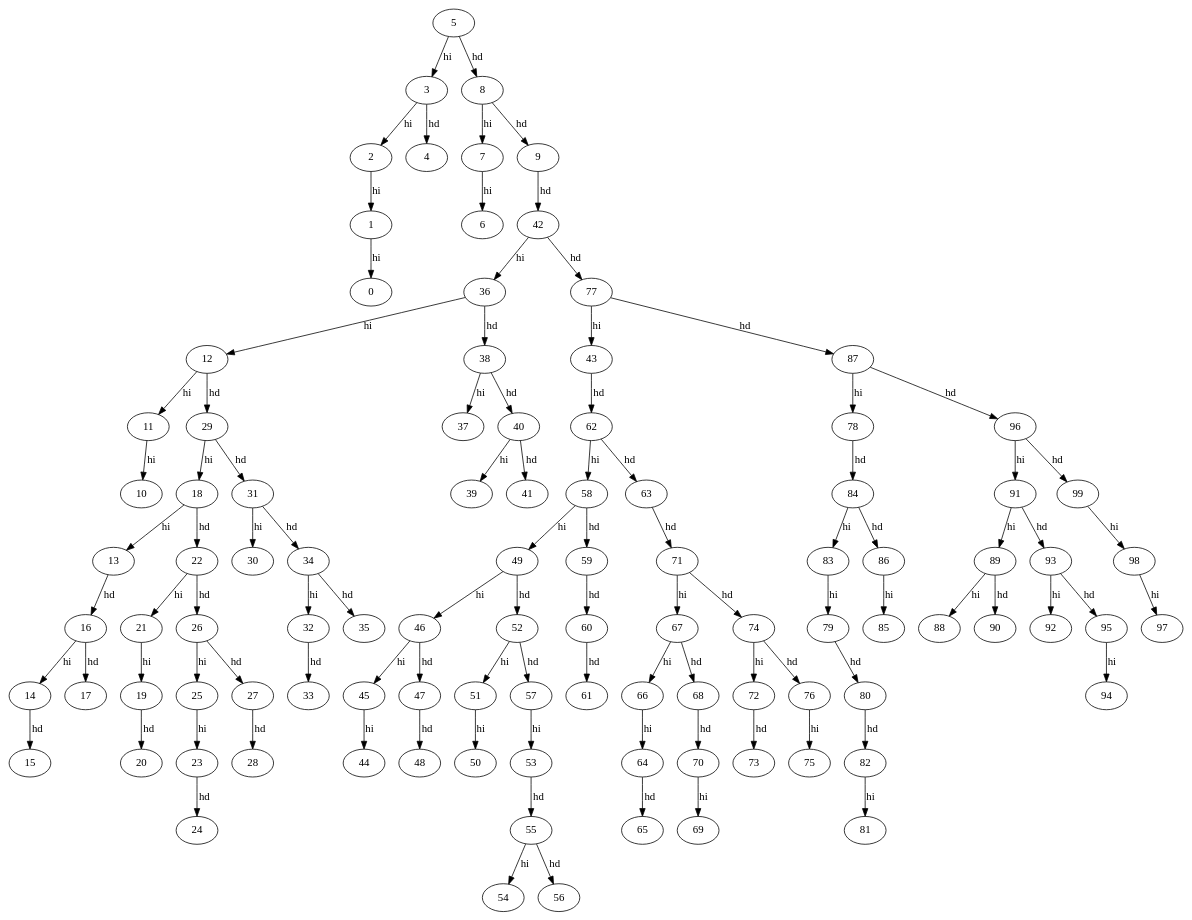
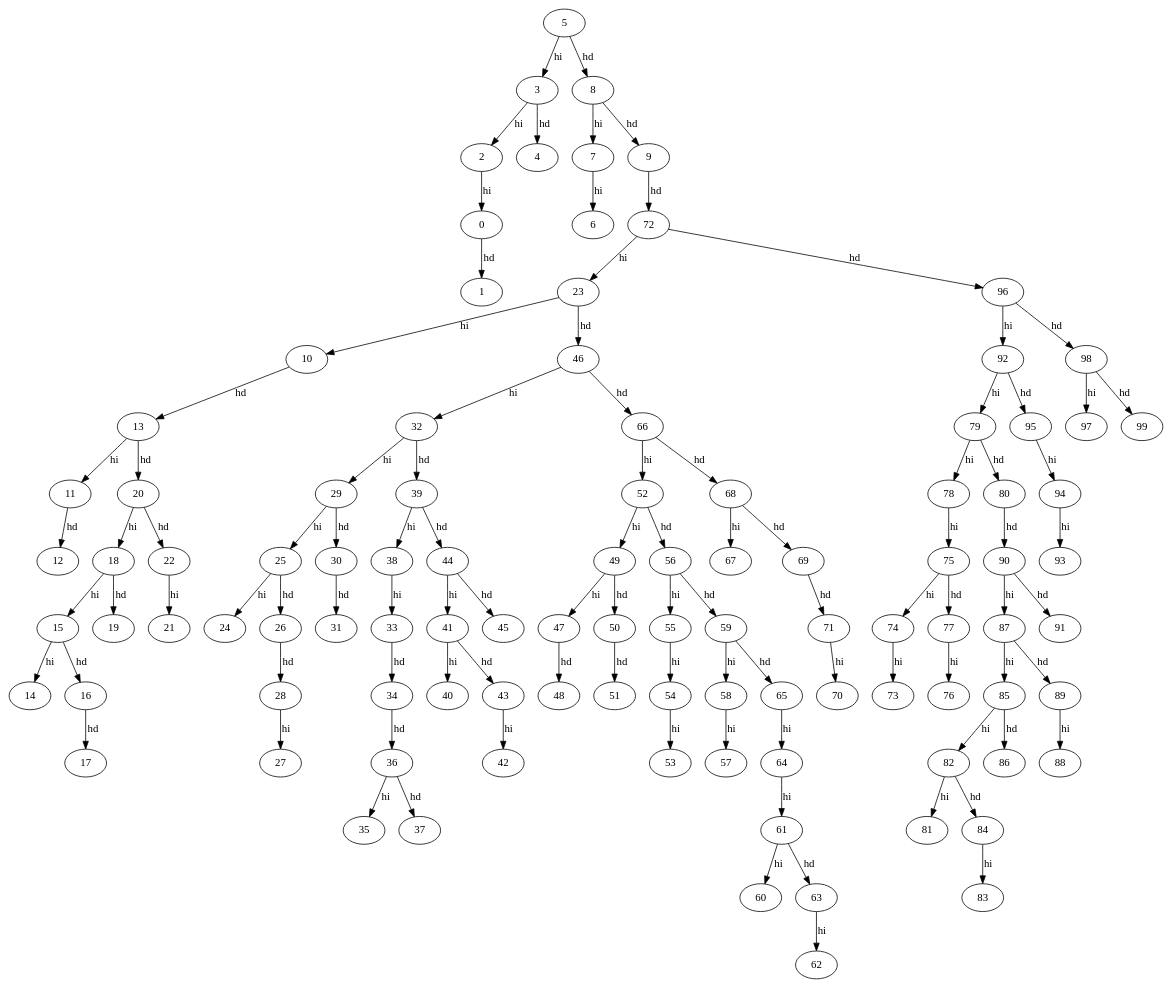
Before and after one commit to JosephJMRG/ABB: the diagram in output/Abb900.dot, drawn with Graphviz. The commit also changed 1 other file, not shown here.

```diff
--- a/output/Abb900.dot
+++ b/output/Abb900.dot
@@ -1,102 +1,102 @@
 digraph Abb900
  {
-1 -> 0 [label="hi"]
-2 -> 1 [label="hi"]
+0 -> 1 [label="hd"]
+2 -> 0 [label="hi"]
 3 -> 2 [label="hi"]
 3 -> 4 [label="hd"]
 5 -> 3 [label="hi"]
 5 -> 8 [label="hd"]
 7 -> 6 [label="hi"]
 8 -> 7 [label="hi"]
 8 -> 9 [label="hd"]
-9 -> 42 [label="hd"]
-11 -> 10 [label="hi"]
-12 -> 11 [label="hi"]
-12 -> 29 [label="hd"]
-13 -> 16 [label="hd"]
-14 -> 15 [label="hd"]
-16 -> 14 [label="hi"]
+9 -> 72 [label="hd"]
+10 -> 13 [label="hd"]
+11 -> 12 [label="hd"]
+13 -> 11 [label="hi"]
+13 -> 20 [label="hd"]
+15 -> 14 [label="hi"]
+15 -> 16 [label="hd"]
 16 -> 17 [label="hd"]
-18 -> 13 [label="hi"]
-18 -> 22 [label="hd"]
-19 -> 20 [label="hd"]
-21 -> 19 [label="hi"]
+18 -> 15 [label="hi"]
+18 -> 19 [label="hd"]
+20 -> 18 [label="hi"]
+20 -> 22 [label="hd"]
 22 -> 21 [label="hi"]
-22 -> 26 [label="hd"]
-23 -> 24 [label="hd"]
-25 -> 23 [label="hi"]
-26 -> 25 [label="hi"]
-26 -> 27 [label="hd"]
-27 -> 28 [label="hd"]
-29 -> 18 [label="hi"]
-29 -> 31 [label="hd"]
-31 -> 30 [label="hi"]
-31 -> 34 [label="hd"]
-32 -> 33 [label="hd"]
-34 -> 32 [label="hi"]
-34 -> 35 [label="hd"]
-36 -> 12 [label="hi"]
-36 -> 38 [label="hd"]
-38 -> 37 [label="hi"]
-38 -> 40 [label="hd"]
-40 -> 39 [label="hi"]
-40 -> 41 [label="hd"]
-42 -> 36 [label="hi"]
-42 -> 77 [label="hd"]
-43 -> 62 [label="hd"]
-45 -> 44 [label="hi"]
-46 -> 45 [label="hi"]
-46 -> 47 [label="hd"]
+23 -> 10 [label="hi"]
+23 -> 46 [label="hd"]
+25 -> 24 [label="hi"]
+25 -> 26 [label="hd"]
+26 -> 28 [label="hd"]
+28 -> 27 [label="hi"]
+29 -> 25 [label="hi"]
+29 -> 30 [label="hd"]
+30 -> 31 [label="hd"]
+32 -> 29 [label="hi"]
+32 -> 39 [label="hd"]
+33 -> 34 [label="hd"]
+34 -> 36 [label="hd"]
+36 -> 35 [label="hi"]
+36 -> 37 [label="hd"]
+38 -> 33 [label="hi"]
+39 -> 38 [label="hi"]
+39 -> 44 [label="hd"]
+41 -> 40 [label="hi"]
+41 -> 43 [label="hd"]
+43 -> 42 [label="hi"]
+44 -> 41 [label="hi"]
+44 -> 45 [label="hd"]
+46 -> 32 [label="hi"]
+46 -> 66 [label="hd"]
 47 -> 48 [label="hd"]
-49 -> 46 [label="hi"]
-49 -> 52 [label="hd"]
-51 -> 50 [label="hi"]
-52 -> 51 [label="hi"]
-52 -> 57 [label="hd"]
-53 -> 55 [label="hd"]
+49 -> 47 [label="hi"]
+49 -> 50 [label="hd"]
+50 -> 51 [label="hd"]
+52 -> 49 [label="hi"]
+52 -> 56 [label="hd"]
+54 -> 53 [label="hi"]
 55 -> 54 [label="hi"]
-55 -> 56 [label="hd"]
-57 -> 53 [label="hi"]
-58 -> 49 [label="hi"]
-58 -> 59 [label="hd"]
-59 -> 60 [label="hd"]
-60 -> 61 [label="hd"]
-62 -> 58 [label="hi"]
-62 -> 63 [label="hd"]
-63 -> 71 [label="hd"]
-64 -> 65 [label="hd"]
-66 -> 64 [label="hi"]
-67 -> 66 [label="hi"]
-67 -> 68 [label="hd"]
-68 -> 70 [label="hd"]
-70 -> 69 [label="hi"]
-71 -> 67 [label="hi"]
-71 -> 74 [label="hd"]
-72 -> 73 [label="hd"]
-74 -> 72 [label="hi"]
-74 -> 76 [label="hd"]
-76 -> 75 [label="hi"]
-77 -> 43 [label="hi"]
-77 -> 87 [label="hd"]
-78 -> 84 [label="hd"]
+56 -> 55 [label="hi"]
+56 -> 59 [label="hd"]
+58 -> 57 [label="hi"]
+59 -> 58 [label="hi"]
+59 -> 65 [label="hd"]
+61 -> 60 [label="hi"]
+61 -> 63 [label="hd"]
+63 -> 62 [label="hi"]
+64 -> 61 [label="hi"]
+65 -> 64 [label="hi"]
+66 -> 52 [label="hi"]
+66 -> 68 [label="hd"]
+68 -> 67 [label="hi"]
+68 -> 69 [label="hd"]
+69 -> 71 [label="hd"]
+71 -> 70 [label="hi"]
+72 -> 23 [label="hi"]
+72 -> 96 [label="hd"]
+74 -> 73 [label="hi"]
+75 -> 74 [label="hi"]
+75 -> 77 [label="hd"]
+77 -> 76 [label="hi"]
+78 -> 75 [label="hi"]
+79 -> 78 [label="hi"]
 79 -> 80 [label="hd"]
-80 -> 82 [label="hd"]
+80 -> 90 [label="hd"]
 82 -> 81 [label="hi"]
-83 -> 79 [label="hi"]
+82 -> 84 [label="hd"]
 84 -> 83 [label="hi"]
-84 -> 86 [label="hd"]
-86 -> 85 [label="hi"]
-87 -> 78 [label="hi"]
-87 -> 96 [label="hd"]
+85 -> 82 [label="hi"]
+85 -> 86 [label="hd"]
+87 -> 85 [label="hi"]
+87 -> 89 [label="hd"]
 89 -> 88 [label="hi"]
-89 -> 90 [label="hd"]
-91 -> 89 [label="hi"]
-91 -> 93 [label="hd"]
-93 -> 92 [label="hi"]
-93 -> 95 [label="hd"]
+90 -> 87 [label="hi"]
+90 -> 91 [label="hd"]
+92 -> 79 [label="hi"]
+92 -> 95 [label="hd"]
+94 -> 93 [label="hi"]
 95 -> 94 [label="hi"]
-96 -> 91 [label="hi"]
-96 -> 99 [label="hd"]
+96 -> 92 [label="hi"]
+96 -> 98 [label="hd"]
 98 -> 97 [label="hi"]
-99 -> 98 [label="hi"]
+98 -> 99 [label="hd"]
 }
```
